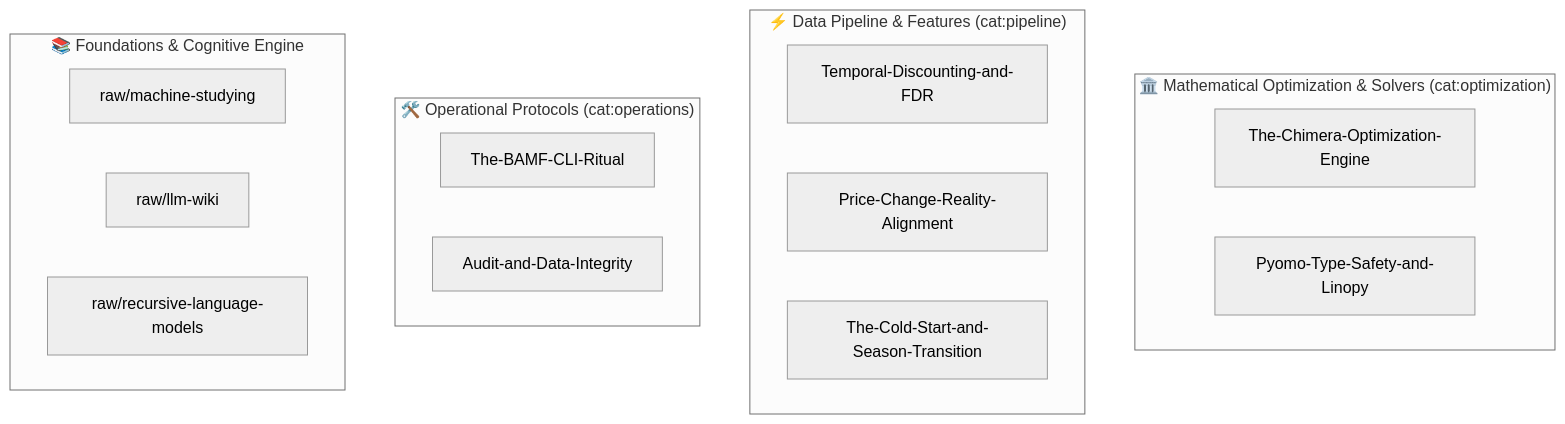
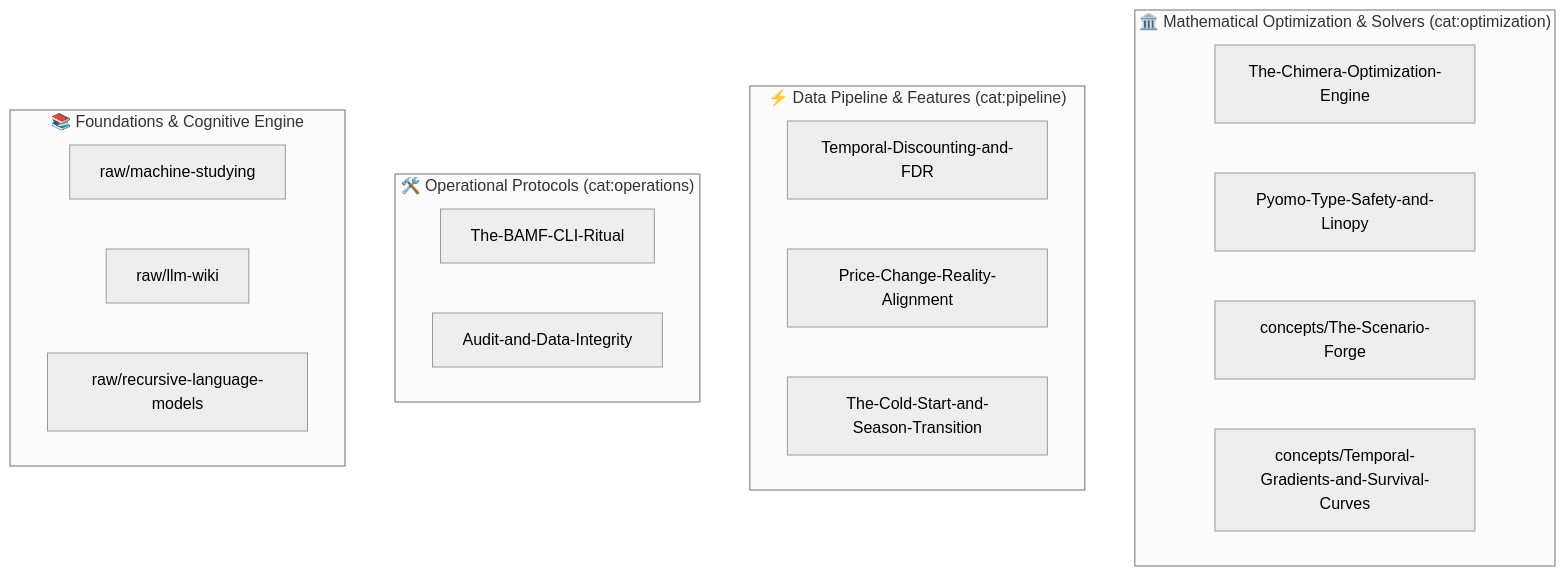
One commit to ianchanning/fpl-dominator changed the diagram in .agents/skills/fpl-machine-studying-wiki/wiki/index.md. Above: the diagram before and after it, drawn with Mermaid (neutral theme). The commit also changed other lines of this file and 6 other files, not shown here.

Commit message:
docs(wiki): distill Scenario Forge and Temporal Gradients into Living Grimoire (Phase 6, Task 6.2)

````diff
--- a/.agents/skills/fpl-machine-studying-wiki/wiki/index.md
+++ b/.agents/skills/fpl-machine-studying-wiki/wiki/index.md
@@ -3,24 +3,26 @@
 ```mermaid
 graph TD
     subgraph "🏛️ Mathematical Optimization & Solvers (cat:optimization)"
         O1[The-Chimera-Optimization-Engine]
         O2[Pyomo-Type-Safety-and-Linopy]
+        O3[concepts/The-Scenario-Forge]
+        O4[concepts/Temporal-Gradients-and-Survival-Curves]
     end
 
     subgraph "⚡ Data Pipeline & Features (cat:pipeline)"
         P1[Temporal-Discounting-and-FDR]
         P2[Price-Change-Reality-Alignment]
         P3[The-Cold-Start-and-Season-Transition]
     end
 
     subgraph "🛠️ Operational Protocols (cat:operations)"
         R1[The-BAMF-CLI-Ritual]
         R2[Audit-and-Data-Integrity]
     end
 
     subgraph "📚 Foundations & Cognitive Engine"
         F1[raw/machine-studying]
         F2[raw/llm-wiki]
         F3[raw/recursive-language-models]
     end
 ```
````
